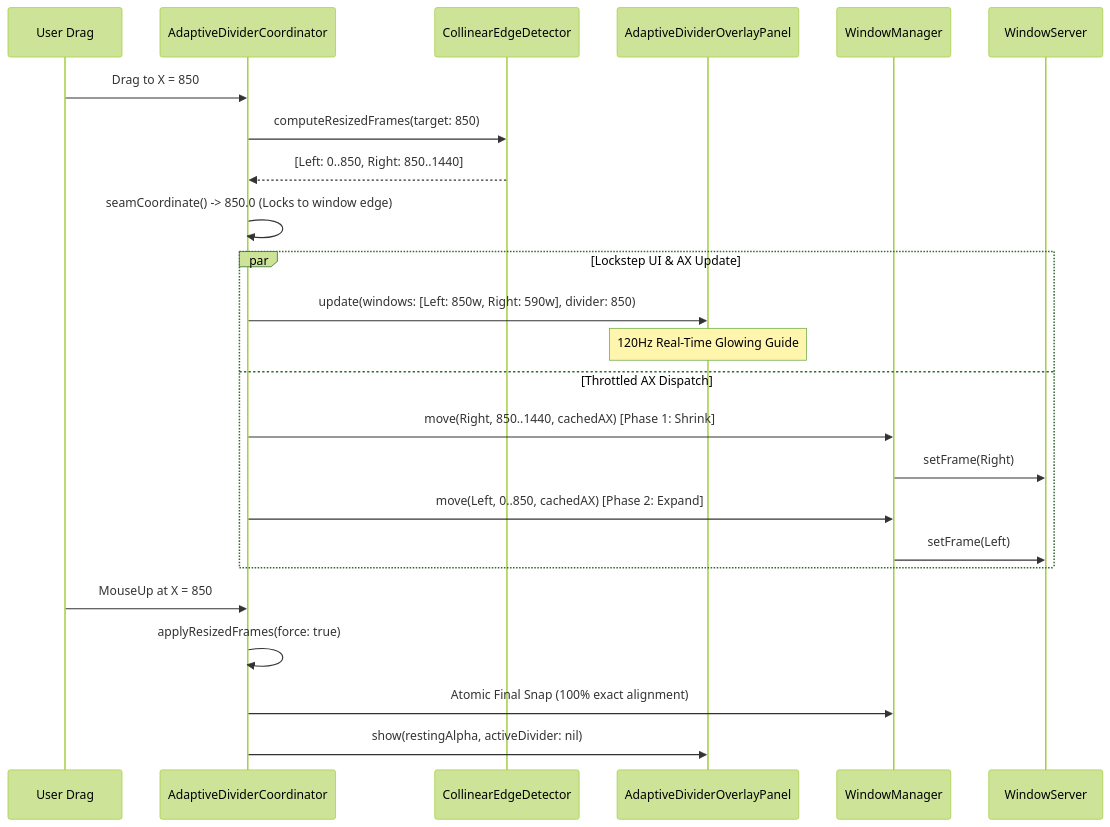
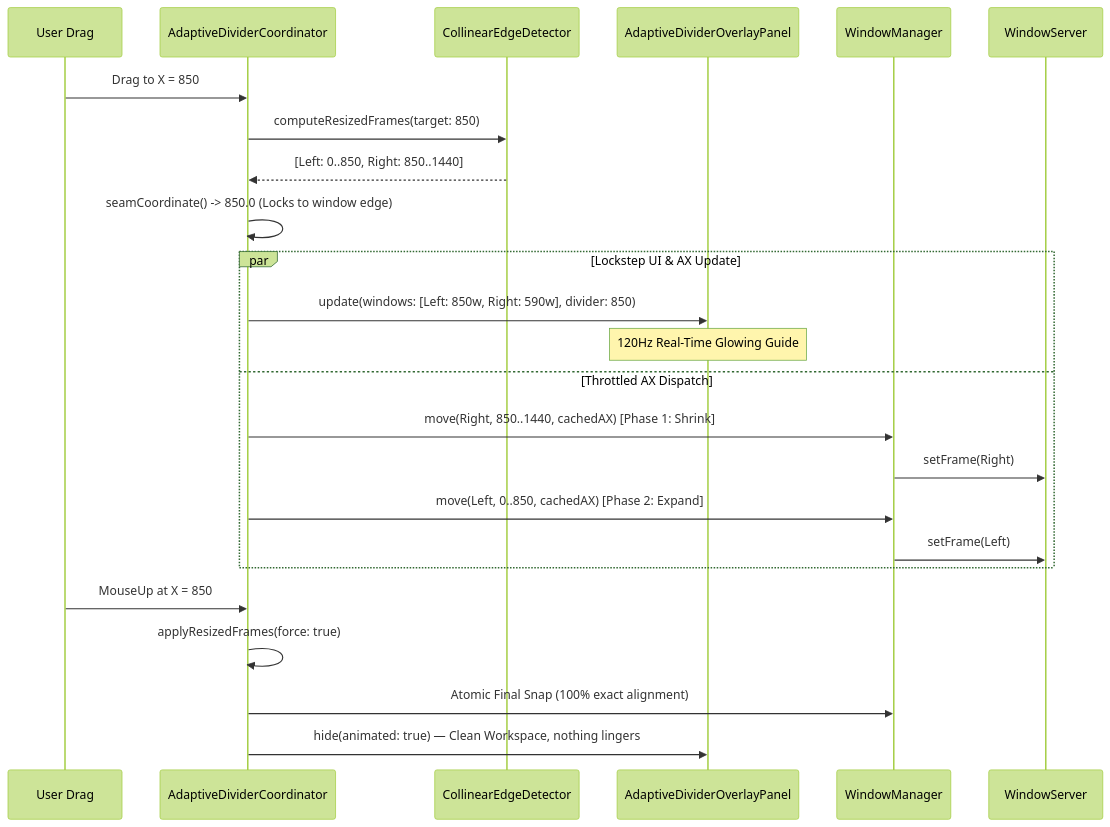
One commit to ahauy/FlowSnap changed the fifth of 7 diagrams in docs/features/adaptive-divider-resize/README.md. Above: the diagram before and after it, drawn with Mermaid (forest theme). The commit also changed other lines of this file and 9 other files, not shown here.

Commit message:
docs: add workspace snapshot feature documentation, user guide, and roadmap update

````diff
--- a/docs/features/adaptive-divider-resize/README.md
+++ b/docs/features/adaptive-divider-resize/README.md
@@ -509,29 +509,29 @@
 ```mermaid
 sequenceDiagram
     participant User as User Drag
     participant Coord as AdaptiveDividerCoordinator
     participant Det as CollinearEdgeDetector
     participant Overlay as AdaptiveDividerOverlayPanel
     participant WM as WindowManager
     participant WS as WindowServer
 
     User->>Coord: Drag to X = 850
     Coord->>Det: computeResizedFrames(target: 850)
     Det-->>Coord: [Left: 0..850, Right: 850..1440]
     Coord->>Coord: seamCoordinate() -> 850.0 (Locks to window edge)
 
     par Lockstep UI & AX Update
         Coord->>Overlay: update(windows: [Left: 850w, Right: 590w], divider: 850)
         Note over Overlay: 120Hz Real-Time Glowing Guide
     and Throttled AX Dispatch
         Coord->>WM: move(Right, 850..1440, cachedAX) [Phase 1: Shrink]
         WM->>WS: setFrame(Right)
         Coord->>WM: move(Left, 0..850, cachedAX) [Phase 2: Expand]
         WM->>WS: setFrame(Left)
     end
 
     User->>Coord: MouseUp at X = 850
     Coord->>Coord: applyResizedFrames(force: true)
     Coord->>WM: Atomic Final Snap (100% exact alignment)
-    Coord->>Overlay: show(restingAlpha, activeDivider: nil)
+    Coord->>Overlay: hide(animated: true) — Clean Workspace, nothing lingers
 ```
````
